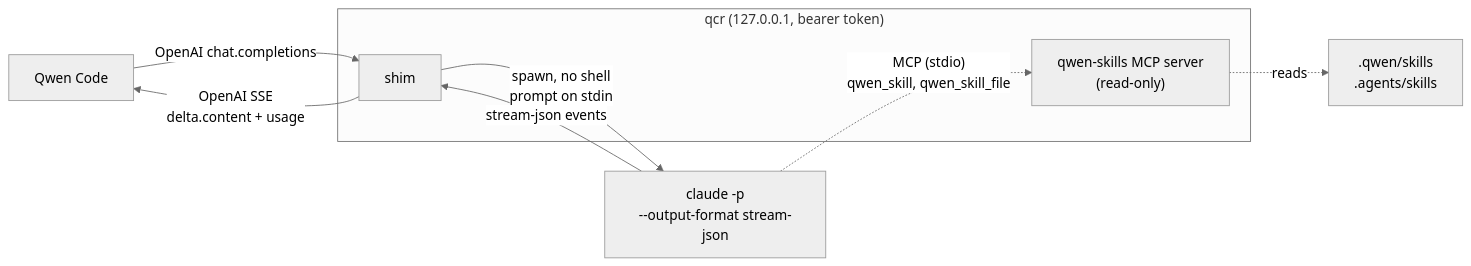
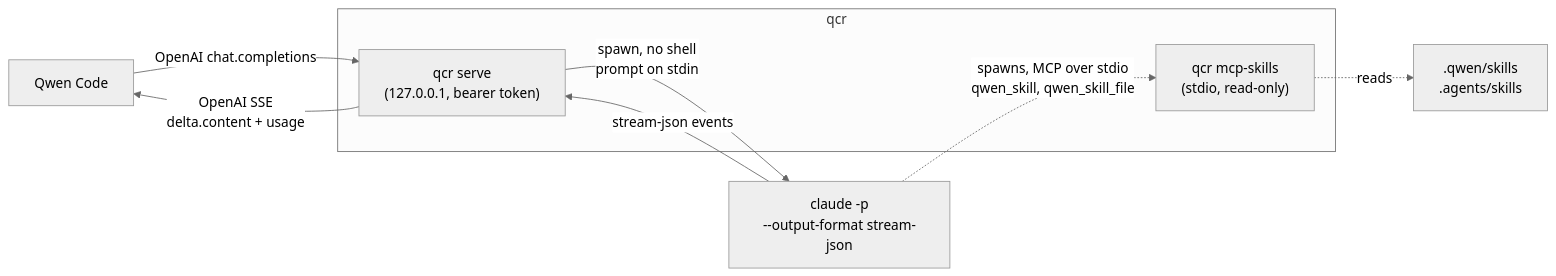
Before and after one commit to zhuanyi/qwen-code-claude-runtime: the first of 2 diagrams in README.md, drawn with Mermaid (neutral theme). The commit also changed other lines of this file and 1 other file, not shown here.

First line of the commit message:
docs: add hero.svg, fix the Configuration anchor and the flowchart

````diff
--- a/README.md
+++ b/README.md
@@ -55,13 +55,13 @@
 ```mermaid
 flowchart LR
     Q["Qwen Code"] -- "OpenAI chat.completions" --> S
-    subgraph qcr["qcr (127.0.0.1, bearer token)"]
-        S["shim"]
-        M["qwen-skills MCP server<br/>(read-only)"]
+    subgraph qcr["qcr"]
+        S["qcr serve<br/>(127.0.0.1, bearer token)"]
+        M["qcr mcp-skills<br/>(stdio, read-only)"]
     end
     S -- "spawn, no shell<br/>prompt on stdin" --> C["claude -p<br/>--output-format stream-json"]
     C -- "stream-json events" --> S
     S -- "OpenAI SSE<br/>delta.content + usage" --> Q
-    C -. "MCP (stdio)<br/>qwen_skill, qwen_skill_file" .-> M
+    C -. "spawns, MCP over stdio<br/>qwen_skill, qwen_skill_file" .-> M
     M -. "reads" .-> K[".qwen/skills<br/>.agents/skills"]
 ```
````
